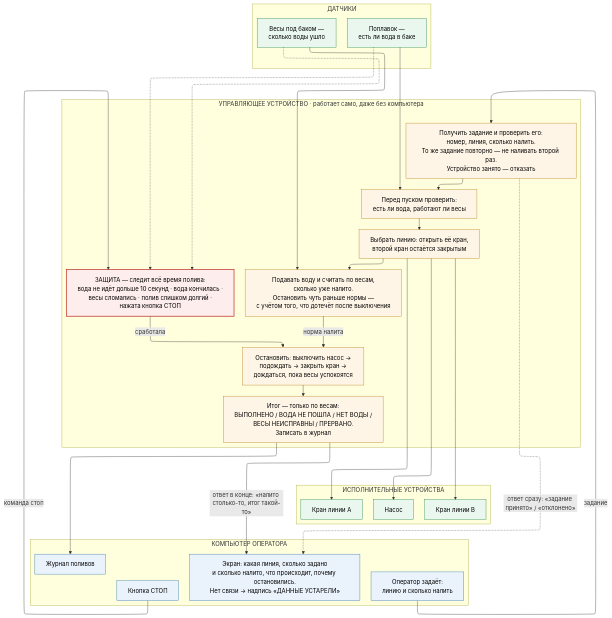
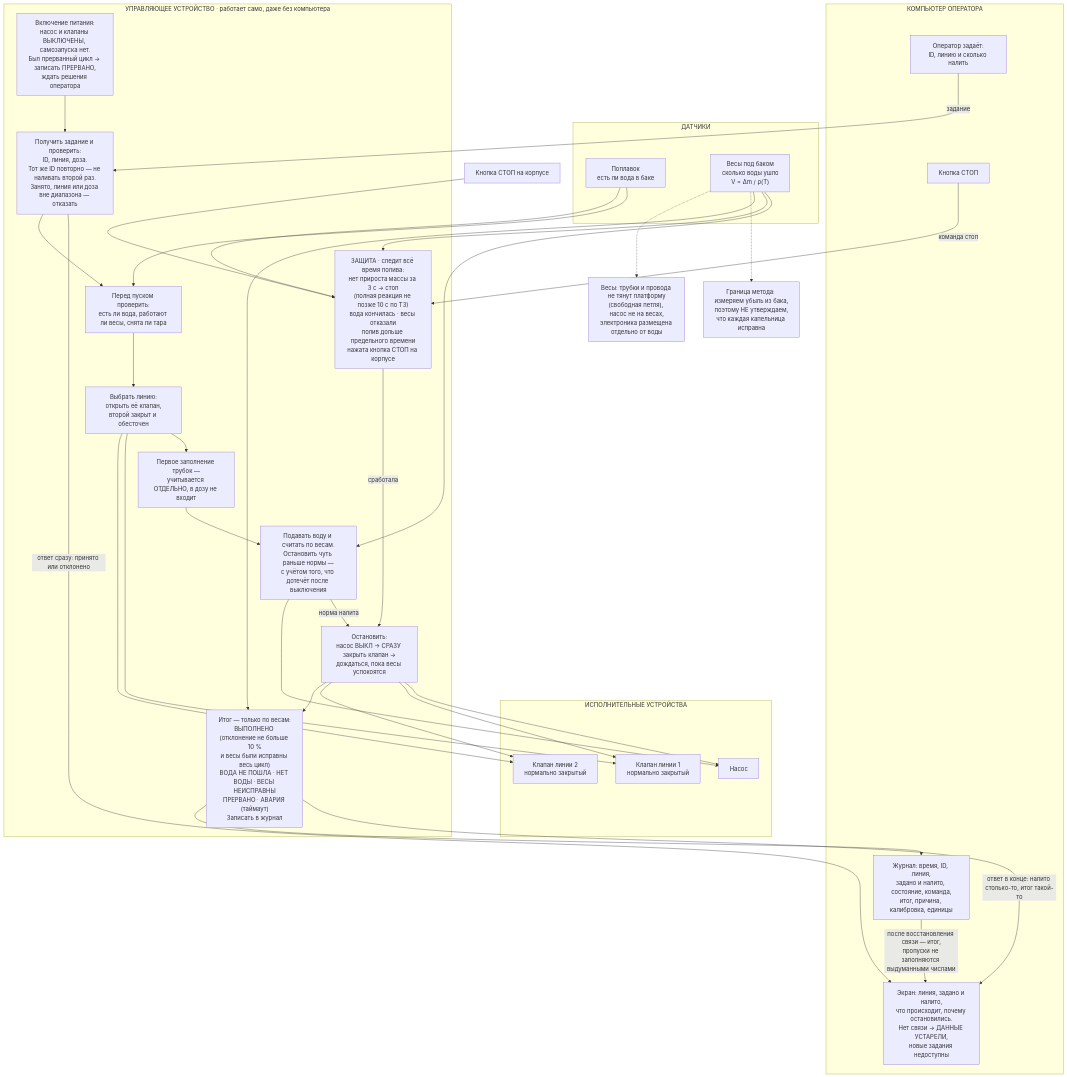
One commit to Rusball-xd/innagr-halffinal changed the diagram in diagrams/simple_func_sheme.mmd. Above: the diagram before and after it, drawn with Mermaid. The commit also changed 2 other files, not shown here.

Commit message:
исправлена простая диаграмма, та, что с http-запросами удалена

```diff
--- a/diagrams/simple_func_sheme.mmd
+++ b/diagrams/simple_func_sheme.mmd
@@ -1,55 +1,63 @@
----
-config:
-  layout: elk
-  flowchart:
-    wrappingWidth: 400
----
 flowchart TB
-classDef pc fill:#eaf2fb,stroke:#2874a6,color:#000
-classDef mcu fill:#fef5e7,stroke:#b9770e,color:#000
-classDef prot fill:#fdedec,stroke:#c0392b,stroke-width:2px,color:#000
-classDef io fill:#e9f7ef,stroke:#1e8449,color:#000
+    subgraph SENS["ДАТЧИКИ"]
+        FL["Поплавок<br/>есть ли вода в баке"]
+        SC["Весы под баком<br/>сколько воды ушло<br/>V = Δm / ρ(T)"]
+    end
 
-subgraph SENS["ДАТЧИКИ"]
-S1["Весы под баком —<br/>сколько воды ушло"]:::io
-S2["Поплавок —<br/>есть ли вода в баке"]:::io
-end
+    subgraph DEV["УПРАВЛЯЮЩЕЕ УСТРОЙСТВО · работает само, даже без компьютера"]
+        BOOT["Включение питания:<br/>насос и клапаны ВЫКЛЮЧЕНЫ, самозапуска нет.<br/>Был прерванный цикл → записать ПРЕРВАНО,<br/>ждать решения оператора"]
+        CHK["Получить задание и проверить:<br/>ID, линия, доза.<br/>Тот же ID повторно — не наливать второй раз.<br/>Занято, линия или доза вне диапазона — отказать"]
+        PRE["Перед пуском проверить:<br/>есть ли вода, работают ли весы, снята ли тара"]
+        SEL["Выбрать линию:<br/>открыть её клапан,<br/>второй закрыт и обесточен"]
+        PRM["Первое заполнение трубок —<br/>учитывается ОТДЕЛЬНО, в дозу не входит"]
+        DOSE["Подавать воду и считать по весам.<br/>Остановить чуть раньше нормы —<br/>с учётом того, что дотечёт после выключения"]
+        GUARD["ЗАЩИТА · следит всё время полива:<br/>нет прироста массы за 3 с → стоп<br/>(полная реакция не позже 10 с по ТЗ)<br/>вода кончилась · весы отказали<br/>полив дольше предельного времени<br/>нажата кнопка СТОП на корпусе"]
+        STOP["Остановить:<br/>насос ВЫКЛ → СРАЗУ закрыть клапан →<br/>дождаться, пока весы успокоятся"]
+        RES["Итог — только по весам:<br/>ВЫПОЛНЕНО (отклонение не больше 10 %<br/>и весы были исправны весь цикл)<br/>ВОДА НЕ ПОШЛА · НЕТ ВОДЫ · ВЕСЫ НЕИСПРАВНЫ<br/>ПРЕРВАНО · АВАРИЯ (таймаут)<br/>Записать в журнал"]
+    end
 
-subgraph MCU["УПРАВЛЯЮЩЕЕ УСТРОЙСТВО · работает само, даже без компьютера"]
-C1["Получить задание и проверить его:<br/>номер, линия, сколько налить.<br/>То же задание повторно — не наливать второй раз.<br/>Устройство занято — отказать"]:::mcu
-C2["Перед пуском проверить:<br/>есть ли вода, работают ли весы"]:::mcu
-C3["Выбрать линию: открыть её кран,<br/>второй кран остаётся закрытым"]:::mcu
-C4["Подавать воду и считать по весам,<br/>сколько уже налито.<br/>Остановить чуть раньше нормы —<br/>с учётом того, что дотечёт после выключения"]:::mcu
-C5["ЗАЩИТА — следит всё время полива:<br/>вода не идёт дольше 10 секунд · вода кончилась ·<br/>весы сломались · полив слишком долгий ·<br/>нажата кнопка СТОП"]:::prot
-C7["Остановить: выключить насос →<br/>подождать → закрыть кран →<br/>дождаться, пока весы успокоятся"]:::mcu
-C6["Итог — только по весам:<br/>ВЫПОЛНЕНО / ВОДА НЕ ПОШЛА / НЕТ ВОДЫ /<br/>ВЕСЫ НЕИСПРАВНЫ / ПРЕРВАНО.<br/>Записать в журнал"]:::mcu
-C1 --> C2 --> C3 --> C4
-C4 -->|"норма налита"| C7
-C5 -->|"сработала"| C7
-C7 --> C6
-end
+    subgraph ACT["ИСПОЛНИТЕЛЬНЫЕ УСТРОЙСТВА"]
+        P["Насос"]
+        VA["Клапан линии 1<br/>нормально закрытый"]
+        VB["Клапан линии 2<br/>нормально закрытый"]
+    end
 
-subgraph ACT["ИСПОЛНИТЕЛЬНЫЕ УСТРОЙСТВА"]
-A1["Насос"]:::io
-A2["Кран линии A"]:::io
-A3["Кран линии B"]:::io
-end
+    BTN["Кнопка СТОП на корпусе"]
 
-subgraph PC["КОМПЬЮТЕР ОПЕРАТОРА"]
-H1["Оператор задаёт:<br/>линию и сколько налить"]:::pc
-H4["Кнопка СТОП"]:::pc
-H2["Экран: какая линия, сколько задано<br/>и сколько налито, что происходит, почему остановились.<br/>Нет связи → надпись «ДАННЫЕ УСТАРЕЛИ»"]:::pc
-H3["Журнал поливов"]:::pc
-end
+    subgraph PC["КОМПЬЮТЕР ОПЕРАТОРА"]
+        OP["Оператор задаёт:<br/>ID, линию и сколько налить"]
+        STP["Кнопка СТОП"]
+        SCR["Экран: линия, задано и налито,<br/>что происходит, почему остановились.<br/>Нет связи → ДАННЫЕ УСТАРЕЛИ,<br/>новые задания недоступны"]
+        LOG["Журнал: время, ID, линия,<br/>задано и налито, состояние, команда,<br/>итог, причина, калибровка, единицы"]
+    end
 
-H1 -->|"задание"| C1
-C1 -.->|"ответ сразу: «задание принято» / «отклонено»"| H2
-H4 -->|"команда стоп"| C5
-C6 -->|"ответ в конце: «налито столько-то, итог такой-то»"| H2
-C6 --> H3
+    NOTE["Граница метода: измеряем убыль из бака,<br/>поэтому НЕ утверждаем,<br/>что каждая капельница исправна"]
+    NOTE2["Весы: трубки и провода не тянут платформу<br/>(свободная петля), насос не на весах,<br/>электроника размещена отдельно от воды"]
 
-S1 --> C4
-S1 -.-> C5
-S2 --> C2
-S2 -.-> C5
-C3 --> A1 & A2 & A3
+    FL --> PRE
+    FL --> GUARD
+    SC --> DOSE
+    SC --> GUARD
+    SC --> RES
+    SC -.-> NOTE
+    SC -.-> NOTE2
+
+    OP -->|"задание"| CHK
+    CHK -->|"ответ сразу: принято или отклонено"| SCR
+    BOOT --> CHK
+    CHK --> PRE --> SEL --> PRM --> DOSE
+    DOSE -->|"норма налита"| STOP
+    GUARD -->|"сработала"| STOP
+    BTN --> GUARD
+    STP -->|"команда стоп"| GUARD
+
+    SEL --> VA
+    SEL --> VB
+    DOSE --> P
+    STOP --> P
+    STOP --> VA
+    STOP --> VB
+    STOP --> RES
+    RES -->|"ответ в конце: налито столько-то, итог такой-то"| SCR
+    RES --> LOG
+    LOG -->|"после восстановления связи — итог,<br/>пропуски не заполняются выдуманными числами"| SCR
```
